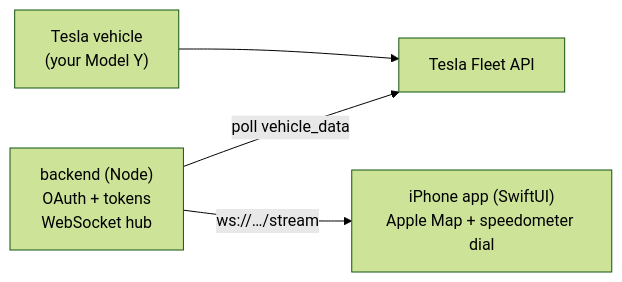
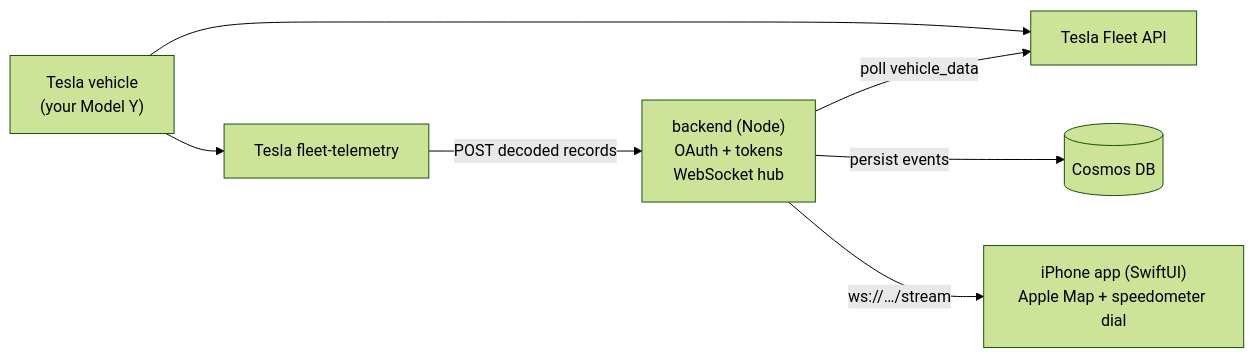
Before and after one commit to restlessankyyy/voltpit: the diagram in README.md, drawn with Mermaid (forest theme). The commit also changed other lines of this file and 16 other files, not shown here.

First line of the commit message:
feat: add Tesla fleet-telemetry source and Cosmos event persistence

````diff
--- a/README.md
+++ b/README.md
@@ -7,11 +7,16 @@
 ```mermaid
 flowchart LR
     car["Tesla vehicle<br/>(your Model Y)"]
     fleet["Tesla Fleet API"]
+    telemetry["Tesla fleet-telemetry"]
     backend["backend (Node)<br/>OAuth + tokens<br/>WebSocket hub"]
+    cosmos[("Cosmos DB")]
     app["iPhone app (SwiftUI)<br/>Apple Map + speedometer dial"]
 
     car --> fleet
+    car --> telemetry
     backend -->|poll vehicle_data| fleet
+    telemetry -->|POST decoded records| backend
+    backend -->|persist events| cosmos
     backend -->|ws://…/stream| app
 ```
````
